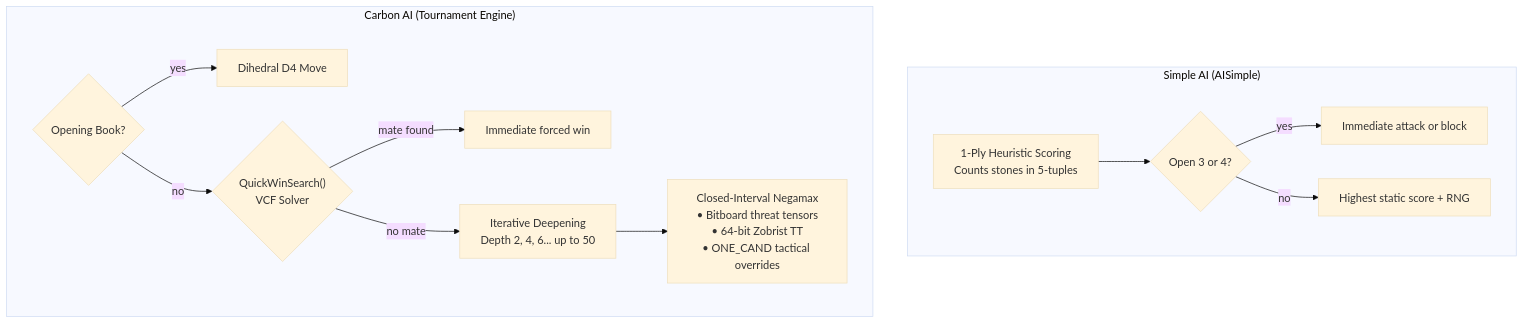
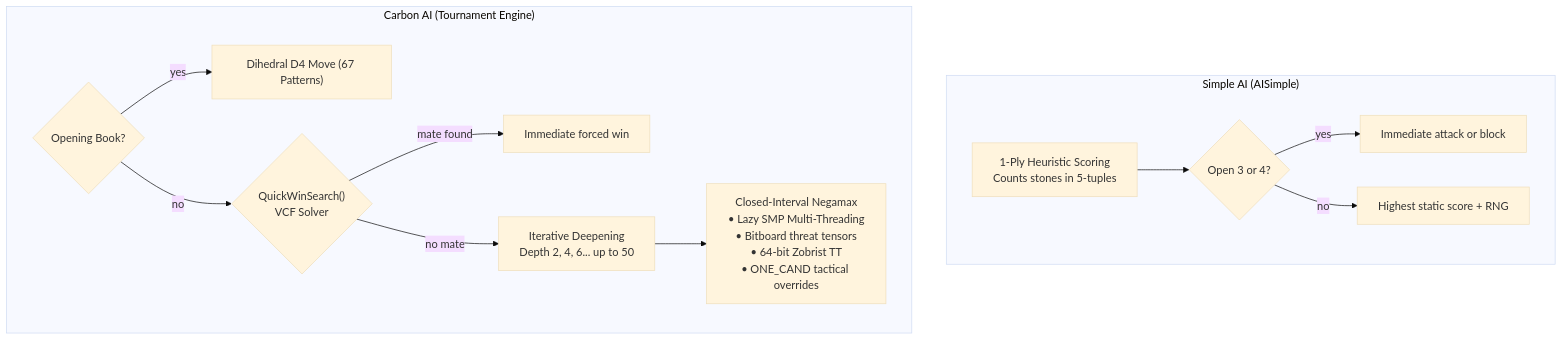
Before and after one commit to cjp-dev/Gomoku: the third of 3 diagrams in docs/brain/14-gui-and-settings.md, drawn with Mermaid (base theme). The commit also changed other lines of this file and 18 other files, not shown here.

````diff
--- a/docs/brain/14-gui-and-settings.md
+++ b/docs/brain/14-gui-and-settings.md
@@ -195,16 +196,16 @@
 ```mermaid
 flowchart TD
     subgraph SimpleAI ["Simple AI (AISimple)"]
         S_Eval["1-Ply Heuristic Scoring<br/>Counts stones in 5-tuples"] --> S_Threat{"Open 3 or 4?"}
         S_Threat -- "yes" --> S_Act["Immediate attack or block"]
         S_Threat -- "no" --> S_Greedy["Highest static score + RNG"]
     end
 
     subgraph CarbonAI ["Carbon AI (Tournament Engine)"]
-        C_Book{"Opening Book?"} -- "yes" --> C_PlayBook["Dihedral D4 Move"]
+        C_Book{"Opening Book?"} -- "yes" --> C_PlayBook["Dihedral D4 Move (67 Patterns)"]
         C_Book -- "no" --> C_VCF{"QuickWinSearch()<br/>VCF Solver"}
         C_VCF -- "mate found" --> C_Mate["Immediate forced win"]
         C_VCF -- "no mate" --> C_ID["Iterative Deepening<br/>Depth 2, 4, 6... up to 50"]
-        C_ID --> C_AB["Closed-Interval Negamax<br/>• Bitboard threat tensors<br/>• 64-bit Zobrist TT<br/>• ONE_CAND tactical overrides"]
+        C_ID --> C_AB["Closed-Interval Negamax<br/>• Lazy SMP Multi-Threading<br/>• Bitboard threat tensors<br/>• 64-bit Zobrist TT<br/>• ONE_CAND tactical overrides"]
     end
 ```
````
